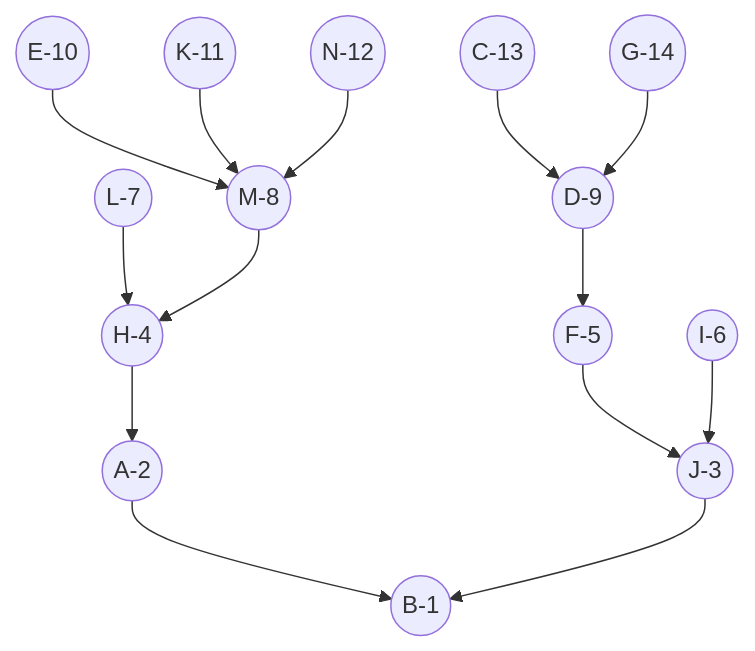
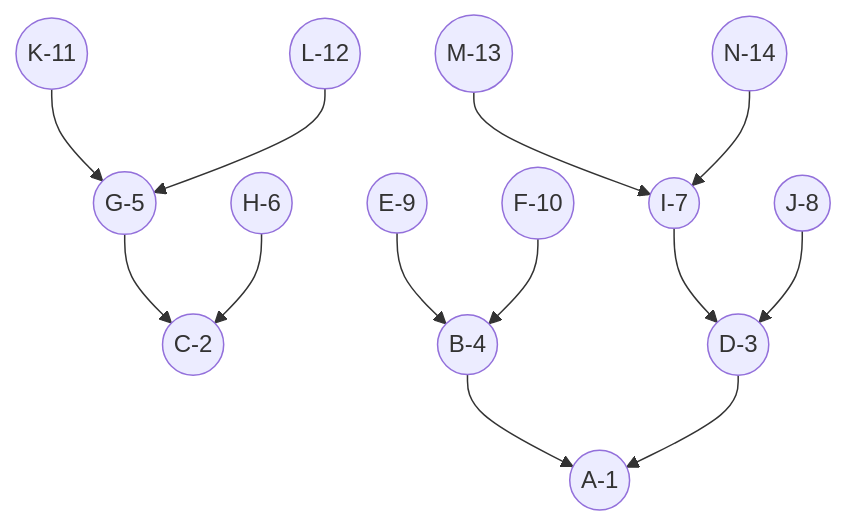
One commit to HSE-algo-23-owl/manual_tasks changed the second of 3 diagrams in task_9/TwoPizza_task_9.md. Above: the diagram before and after it, drawn with Mermaid. The commit also changed other lines of this file, not shown here.

````diff
--- a/task_9/TwoPizza_task_9.md
+++ b/task_9/TwoPizza_task_9.md
@@ -37,17 +36,16 @@
 ```mermaid
 graph TB
-A-2((A-2)) --> B-1((B-1))
-J-3((J-3)) --> B-1((B-1))
-H-4((H-4)) --> A-2((A-2))
-F-5((F-5)) --> J-3((J-3))
-I-6((I-6)) --> J-3((J-3))
-L-7((L-7)) --> H-4((H-4))
-M-8((M-8)) --> H-4((H-4))
-D-9((D-9)) --> F-5((F-5))
-E-10((E-10)) --> M-8((M-8))
-K-11((K-11)) --> M-8((M-8))
-N-12((N-12)) --> M-8((M-8))
-C-13((C-13)) --> D-9((D-9))
-G-14((G-14)) --> D-9((D-9))
+K-11((K-11)) --> G-5((G-5))
+L-12((L-12)) --> G-5((G-5))
+G-5((G-5)) --> C-2((C-2))
+H-6((H-6)) --> C-2((C-2))
+M-13((M-13)) --> I-7((I-7))
+N-14((N-14)) --> I-7((I-7))
+I-7((I-7)) --> D-3((D-3))
+J-8((J-8)) --> D-3((D-3))
+E-9((E-9)) --> B-4((B-4))
+F-10((F-10)) --> B-4((B-4))
+B-4((B-4)) --> A-1((A-1))
+D-3((D-3)) --> A-1((A-1))
 
 ```
````
